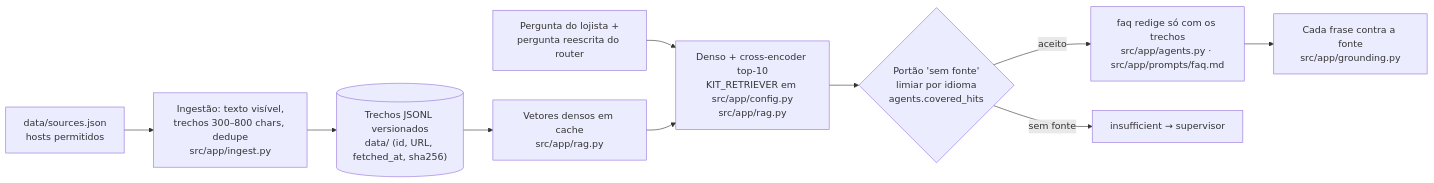
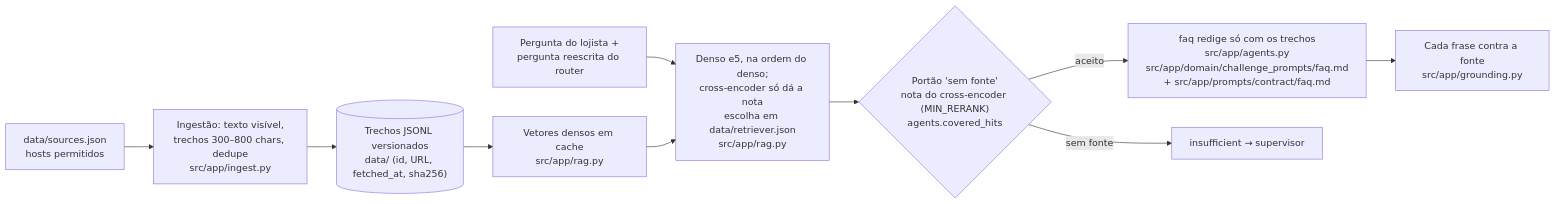
The second of 3 diagrams in docs/ARCHITECTURE.md (maathmartins-ux/getnet-support-agents-v51-ensaio), drawn with Mermaid before and after one commit. The commit also changed other lines of this file and 6 other files, not shown here.

````diff
--- a/docs/ARCHITECTURE.md
+++ b/docs/ARCHITECTURE.md
@@ -38,12 +43,12 @@
 ```mermaid
 flowchart LR
   SRC["data/sources.json<br/>hosts permitidos"] --> ING["Ingestão: texto visível,<br/>trechos 300–800 chars, dedupe<br/>src/app/ingest.py"]
   ING --> J[("Trechos JSONL versionados<br/>data/ (id, URL, fetched_at, sha256)")]
   J --> IDX["Vetores densos em cache<br/>src/app/rag.py"]
-  Q["Pergunta do lojista +<br/>pergunta reescrita do router"] --> RET["Denso + cross-encoder top-10<br/>KIT_RETRIEVER em src/app/config.py<br/>src/app/rag.py"]
+  Q["Pergunta do lojista +<br/>pergunta reescrita do router"] --> RET["Denso e5, na ordem do denso;<br/>cross-encoder só dá a nota<br/>escolha em data/retriever.json<br/>src/app/rag.py"]
   IDX --> RET
-  RET --> GATE{"Portão 'sem fonte'<br/>limiar por idioma<br/>agents.covered_hits"}
-  GATE -->|"aceito"| GEN["faq redige só com os trechos<br/>src/app/agents.py · src/app/prompts/faq.md"]
+  RET --> GATE{"Portão 'sem fonte'<br/>nota do cross-encoder (MIN_RERANK)<br/>agents.covered_hits"}
+  GATE -->|"aceito"| GEN["faq redige só com os trechos<br/>src/app/agents.py<br/>src/app/domain/challenge_prompts/faq.md<br/>+ src/app/prompts/contract/faq.md"]
   GATE -->|"sem fonte"| INS["insufficient → supervisor"]
   GEN --> CHK["Cada frase contra a fonte<br/>src/app/grounding.py"]
 ```
````
